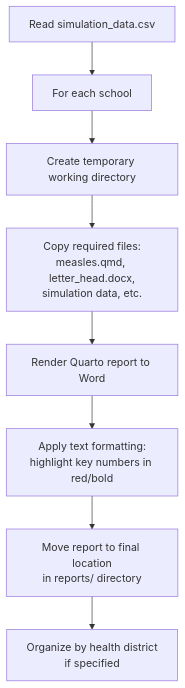
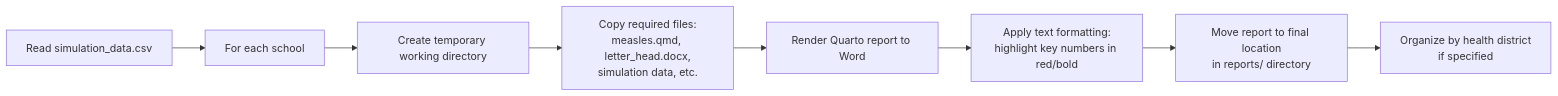
Before and after one commit to EpiForeSITE/measles-school-letters: the second of 2 diagrams in docs/details.md, drawn with Mermaid. The commit also changed other lines of this file and 3 other files, not shown here.

Commit message:
Address reviewer feedback: fix mermaid charts, update installation, add attribution, improve docs

````diff
--- a/docs/details.md
+++ b/docs/details.md
@@ -83,10 +83,10 @@
 ```mermaid
-flowchart TD
+flowchart LR
     A[Read simulation_data.csv] --> B[For each school]
     B --> C[Create temporary working directory]
     C --> D[Copy required files:<br/>measles.qmd, letter_head.docx,<br/>simulation data, etc.]
     D --> E[Render Quarto report to Word]
     E --> F[Apply text formatting:<br/>highlight key numbers in red/bold]
     F --> G[Move report to final location<br/>in reports/ directory]
     G --> H[Organize by health district<br/>if specified]
 ```
````
